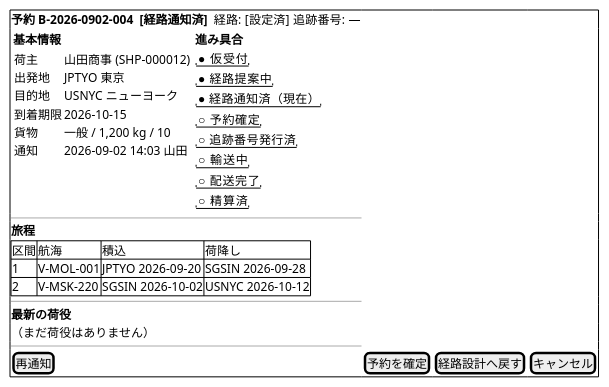
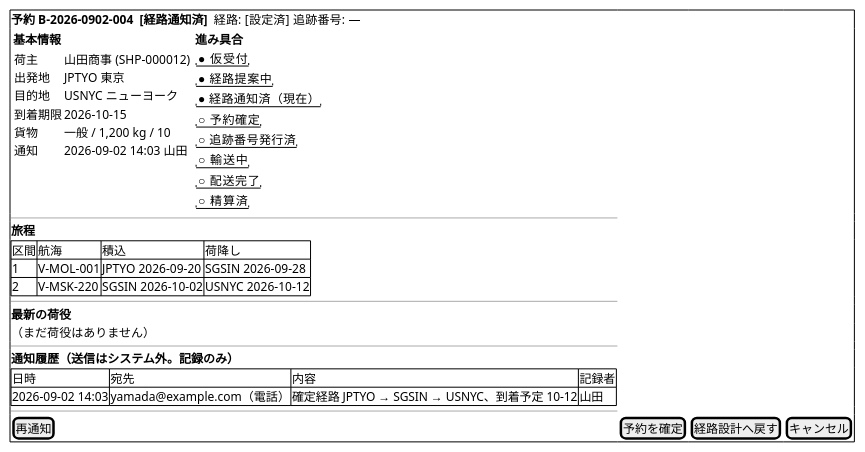
The eighth of 20 diagrams in docs/design/cargo-tracker/ui_design.md (k2works/case-study-cargo-tracker), drawn with PlantUML before and after one commit. The commit also changed other lines of this file and 18 other files, not shown here.

````diff
--- a/docs/design/cargo-tracker/ui_design.md
+++ b/docs/design/cargo-tracker/ui_design.md
@@ -360,43 +453,49 @@
 ```plantuml
 @startsalt
 {+
   <b>予約 B-2026-0902-004  <b>[経路通知済]</b>  経路: [設定済]  追跡番号: —
   {
     {
       <b>基本情報
       {
         荷主 | 山田商事 (SHP-000012)
         出発地 | JPTYO 東京
         目的地 | USNYC ニューヨーク
         到着期限 | 2026-10-15
         貨物 | 一般 / 1,200 kg / 10
         通知 | 2026-09-02 14:03 山田
       }
     } |
     {
       <b>進み具合
       "● 仮受付"
       "● 経路提案中"
       "● 経路通知済（現在）"
       "○ 予約確定"
       "○ 追跡番号発行済"
       "○ 輸送中"
       "○ 配送完了"
       "○ 精算済"
     }
   }
   ---
   <b>旅程
   {#
     区間 | 航海 | 積込 | 荷降し
     1 | V-MOL-001 | JPTYO 2026-09-20 | SGSIN 2026-09-28
     2 | V-MSK-220 | SGSIN 2026-10-02 | USNYC 2026-10-12
   }
   ---
   <b>最新の荷役
   （まだ荷役はありません）
   ---
+  <b>通知履歴（送信はシステム外。記録のみ）
+  {#
+    日時 | 宛先 | 内容 | 記録者
+    2026-09-02 14:03 | yamada@example.com（電話） | 確定経路 JPTYO → SGSIN → USNYC、到着予定 10-12 | 山田
+  }
+  ---
   [再通知] | [予約を確定] | [経路設計へ戻す] | [キャンセル]
 }
 @endsalt
 ```
````
